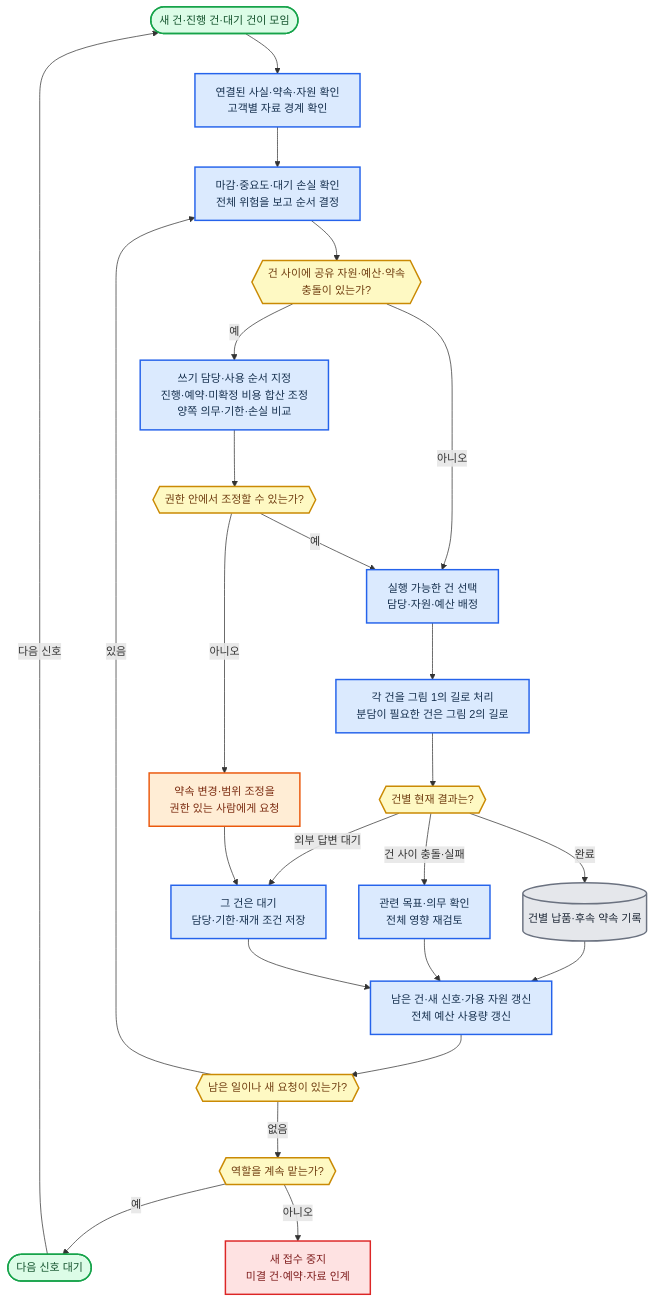
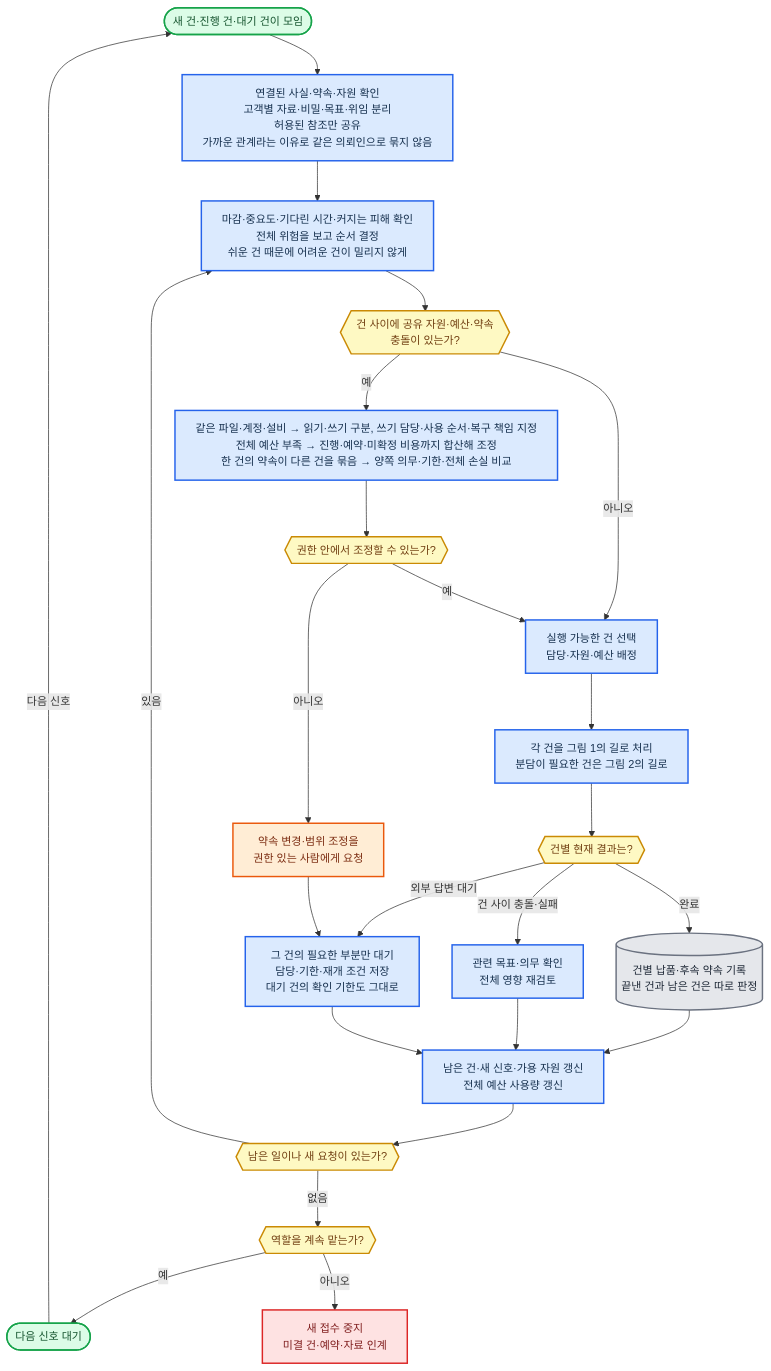
Before and after one commit to harisbaguette/expert: the ninth of 9 diagrams in 전문가 에이전트 정의.md, drawn with Mermaid. The commit also changed other lines of this file, not shown here.

````diff
--- a/전문가 에이전트 정의.md
+++ b/전문가 에이전트 정의.md
@@ -1391,53 +1299,53 @@
 ```mermaid
 %%{init: {"flowchart": {"wrappingWidth": 640, "curve": "basis", "nodeSpacing": 45, "rankSpacing": 55, "padding": 14, "useMaxWidth": true}, "themeVariables": {"fontSize": "15px"}} }%%
 flowchart TB
     accTitle: 그림 3 여러 건을 함께 처리하는 흐름
     accDescr: 건을 모아 경계·순서·충돌을 조정하고 건마다 처리·판정한 뒤 다음 신호나 역할 종료로 이어지는 세로 순서도.
     START(["새 건·진행 건·대기 건이 모임"]):::good
-    BOUND["연결된 사실·약속·자원 확인<br/>고객별 자료 경계 확인"]:::main
-    PRIORITY["마감·중요도·대기 손실 확인<br/>전체 위험을 보고 순서 결정"]:::main
+    BOUND["연결된 사실·약속·자원 확인<br/>고객별 자료·비밀·목표·위임 분리<br/>허용된 참조만 공유<br/>가까운 관계라는 이유로 같은 의뢰인으로 묶지 않음"]:::main
+    PRIORITY["마감·중요도·기다린 시간·커지는 피해 확인<br/>전체 위험을 보고 순서 결정<br/>쉬운 건 때문에 어려운 건이 밀리지 않게"]:::main
     CONFLICT_Q{{"건 사이에 공유 자원·예산·약속<br/>충돌이 있는가?"}}:::note
-    RESOLVE["쓰기 담당·사용 순서 지정<br/>진행·예약·미확정 비용 합산 조정<br/>양쪽 의무·기한·손실 비교"]:::main
+    RESOLVE["같은 파일·계정·설비 → 읽기·쓰기 구분, 쓰기 담당·사용 순서·복구 책임 지정<br/>전체 예산 부족 → 진행·예약·미확정 비용까지 합산해 조정<br/>한 건의 약속이 다른 건을 묶음 → 양쪽 의무·기한·전체 손실 비교"]:::main
     AUTH_Q{{"권한 안에서 조정할 수 있는가?"}}:::note
     ASK["약속 변경·범위 조정을<br/>권한 있는 사람에게 요청"]:::back
-    HOLD["그 건은 대기<br/>담당·기한·재개 조건 저장"]:::main
+    HOLD["그 건의 필요한 부분만 대기<br/>담당·기한·재개 조건 저장<br/>대기 건의 확인 기한도 그대로"]:::main
     PICK["실행 가능한 건 선택<br/>담당·자원·예산 배정"]:::main
     RUN["각 건을 그림 1의 길로 처리<br/>분담이 필요한 건은 그림 2의 길로"]:::main
     RES_Q{{"건별 현재 결과는?"}}:::note
-    DONE1[("건별 납품·후속 약속 기록")]:::store
+    DONE1[("건별 납품·후속 약속 기록<br/>끝낸 건과 남은 건은 따로 판정")]:::store
     RECHECK["관련 목표·의무 확인<br/>전체 영향 재검토"]:::main
     UPDATE["남은 건·새 신호·가용 자원 갱신<br/>전체 예산 사용량 갱신"]:::main
     MORE_Q{{"남은 일이나 새 요청이 있는가?"}}:::note
     ROLE_Q{{"역할을 계속 맡는가?"}}:::note
     IDLE(["다음 신호 대기"]):::good
     CLOSE["새 접수 중지<br/>미결 건·예약·자료 인계"]:::stop
     START --> BOUND
     BOUND --> PRIORITY
     PRIORITY --> CONFLICT_Q
     CONFLICT_Q -->|예| RESOLVE
     RESOLVE --> AUTH_Q
     CONFLICT_Q -->|아니오| PICK
     AUTH_Q -->|예| PICK
     AUTH_Q -->|아니오| ASK
     RES_Q -->|외부 답변 대기| HOLD
     ASK --> HOLD
     PICK --> RUN
     RUN --> RES_Q
     RES_Q -->|완료| DONE1
     DONE1 --> UPDATE
     RECHECK --> UPDATE
     HOLD --> UPDATE
     RES_Q -->|건 사이 충돌·실패| RECHECK
     UPDATE --> MORE_Q
     MORE_Q -->|있음| PRIORITY
     MORE_Q -->|없음| ROLE_Q
     ROLE_Q -->|예| IDLE
     IDLE -->|다음 신호| START
     ROLE_Q -->|아니오| CLOSE
     classDef main fill:#dbeafe,stroke:#2563eb,stroke-width:2px,color:#17314f
     classDef stop fill:#fee2e2,stroke:#dc2626,stroke-width:2px,color:#7f1d1d
     classDef back fill:#ffedd5,stroke:#ea580c,stroke-width:2px,color:#7c2d12
     classDef store fill:#e5e7eb,stroke:#6b7280,stroke-width:2px,color:#1f2937
     classDef good fill:#dcfce7,stroke:#16a34a,stroke-width:2px,color:#14532d
     classDef note fill:#fef9c3,stroke:#ca8a04,stroke-width:2px,color:#713f12
 ```
````
